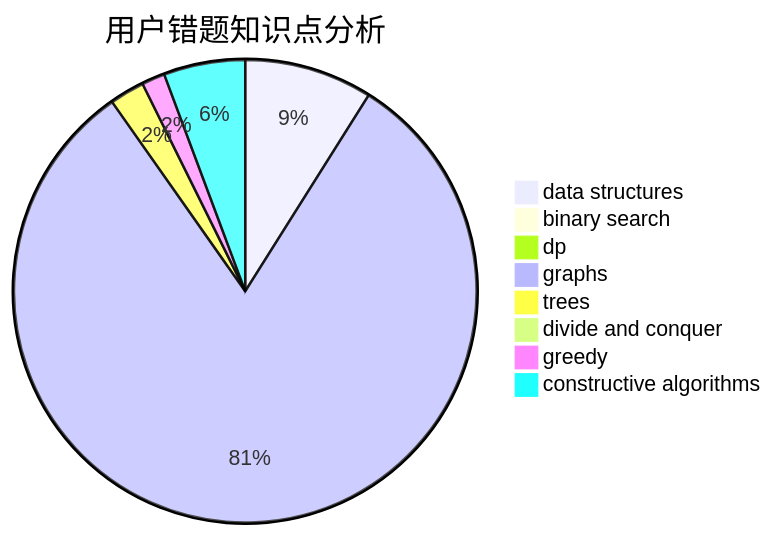
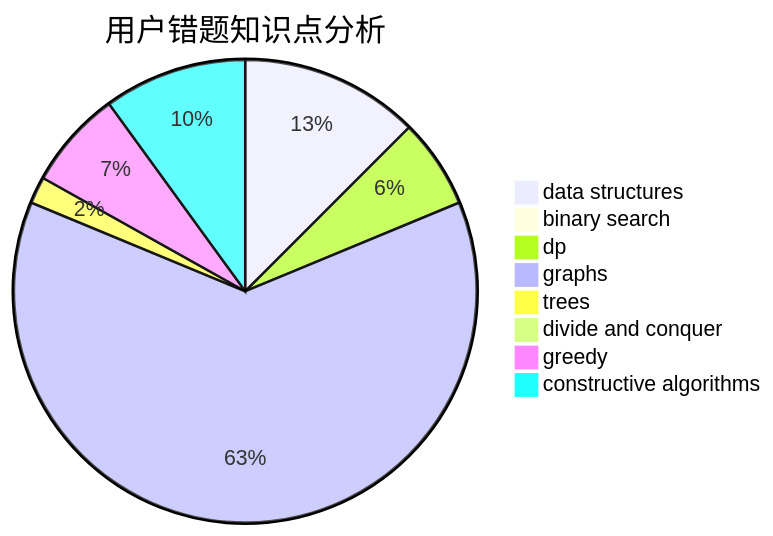
The third of 3 diagrams in docs/user/u2197.md (sherpahu/cfrs.github.io), drawn with Mermaid before and after one commit. The commit also changed other lines of this file and 2770 other files, not shown here.

````diff
--- a/docs/user/u2197.md
+++ b/docs/user/u2197.md
@@ -36,11 +36,11 @@
 ```mermaid
 pie title 用户错题知识点分析
-    "data structures" :  11
+    "data structures" :  20
     "binary search" :  0
-    "dp" :  1
+    "dp" :  10
     "graphs" :  100
     "trees" :  3
     "divide and conquer" :  0
-    "greedy" :  2
-    "constructive algorithms" :  7
+    "greedy" :  11
+    "constructive algorithms" :  16
 ```
````
